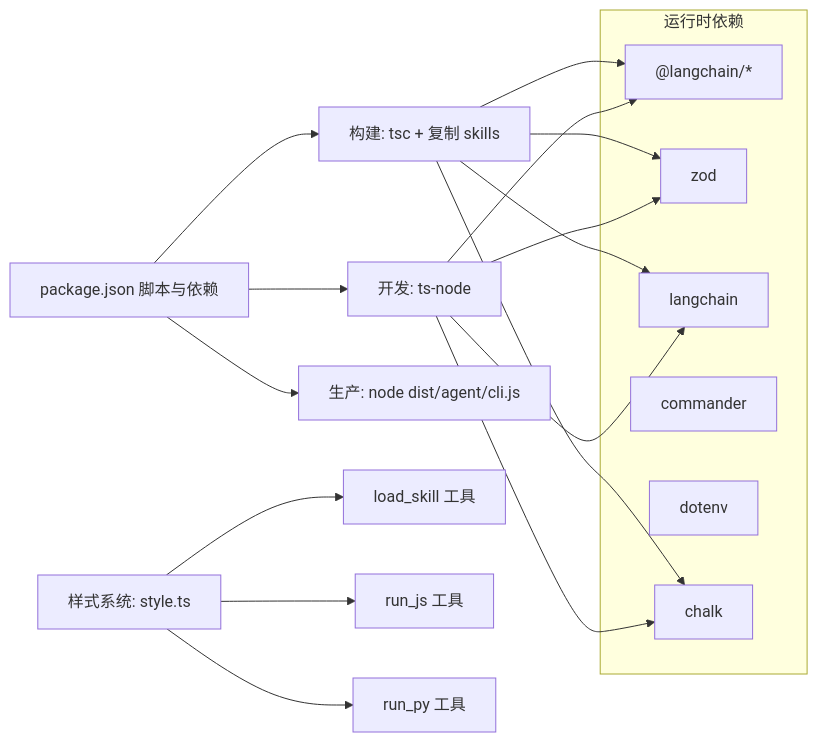
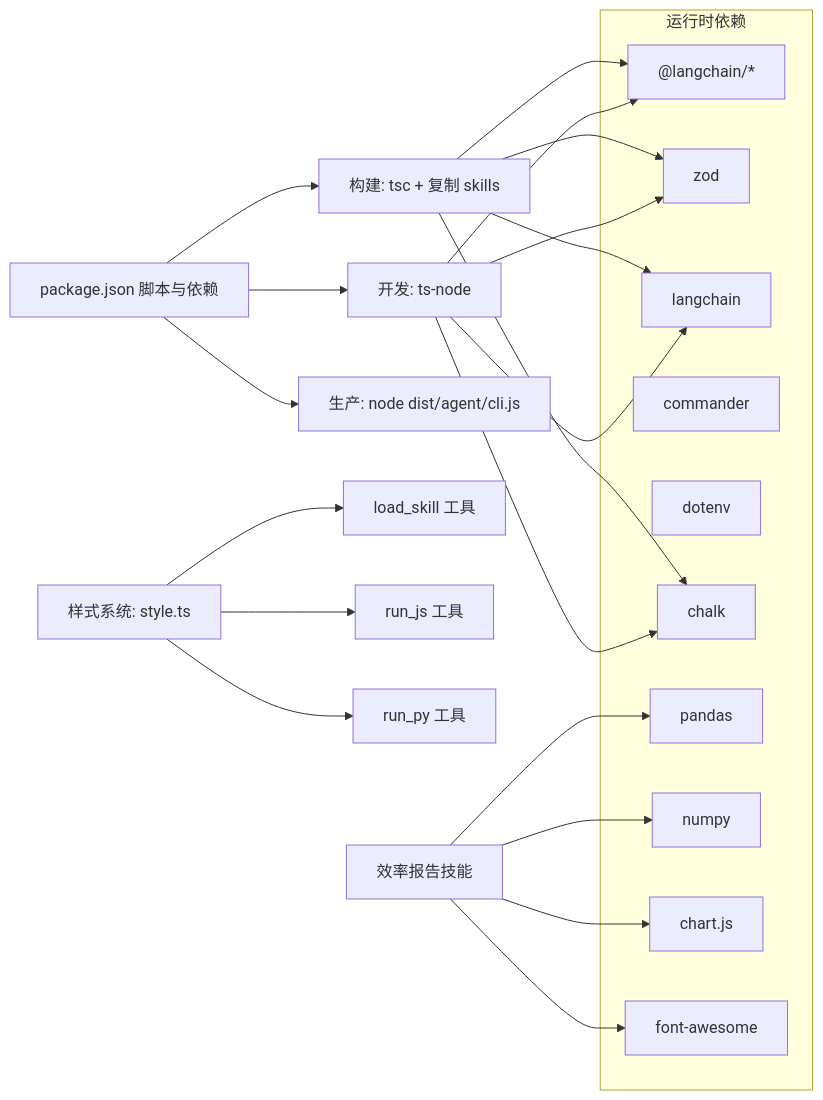
Before and after one commit to HAOFUYANG/onion-code: the seventh of 7 diagrams in .qoder/repowiki/zh/content/技能系统/技能系统.md, drawn with Mermaid. The commit also changed other lines of this file and 3 other files, not shown here.

````diff
--- a/.qoder/repowiki/zh/content/技能系统/技能系统.md
+++ b/.qoder/repowiki/zh/content/技能系统/技能系统.md
@@ -416,33 +453,42 @@
 ```mermaid
 graph LR
 Pkg["package.json 脚本与依赖"]
 Build["构建: tsc + 复制 skills"]
 Dev["开发: ts-node"]
 Start["生产: node dist/agent/cli.js"]
 Pkg --> Build
 Pkg --> Dev
 Pkg --> Start
 subgraph "运行时依赖"
 LC["@langchain/*"]
 Zod["zod"]
 Langchain["langchain"]
 Cmd["commander"]
 Dotenv["dotenv"]
 Chalk["chalk"]
+Pandas["pandas"]
+Numpy["numpy"]
+ChartJS["chart.js"]
+FontAwesome["font-awesome"]
 end
 Build --> LC
 Build --> Zod
 Build --> Langchain
 Build --> Chalk
 Dev --> LC
 Dev --> Zod
 Dev --> Langchain
 Dev --> Chalk
 Style["样式系统: style.ts"]
 LoadSkill["load_skill 工具"]
 RunJS["run_js 工具"]
 RunPy["run_py 工具"]
 Style --> LoadSkill
 Style --> RunJS
 Style --> RunPy
+EfficiencyReport["效率报告技能"]
+EfficiencyReport --> Pandas
+EfficiencyReport --> Numpy
+EfficiencyReport --> ChartJS
+EfficiencyReport --> FontAwesome
 ```
````
